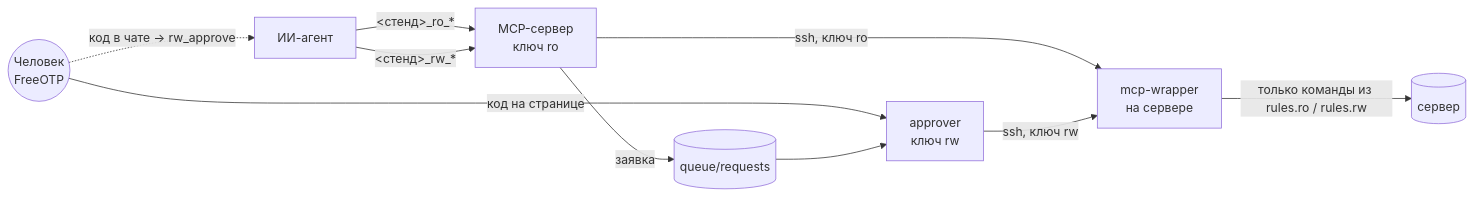
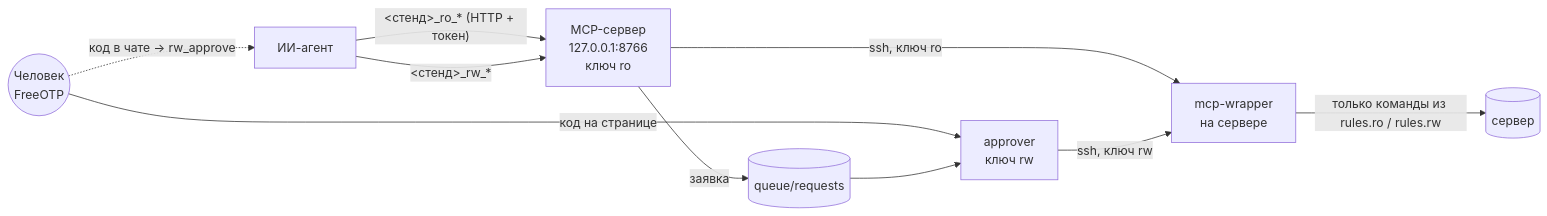
One commit to trollimo/safety-mcp-server changed the first of 2 diagrams in README.md. Above: the diagram before and after it, drawn with Mermaid. The commit also changed other lines of this file and 8 other files, not shown here.

First line of the commit message:
Serve MCP over HTTP with a Bearer token instead of stdio

````diff
--- a/README.md
+++ b/README.md
@@ -58,12 +58,12 @@
 ```mermaid
 flowchart LR
-    A[ИИ-агент] -- "&lt;стенд&gt;_ro_*" --> M[MCP-сервер<br/>ключ ro]
+    A[ИИ-агент] -- "&lt;стенд&gt;_ro_* (HTTP + токен)" --> M[MCP-сервер<br/>127.0.0.1:8766<br/>ключ ro]
     A -- "&lt;стенд&gt;_rw_*" --> M
     M -- "ssh, ключ ro" --> W
     M -- "заявка" --> Q[(queue/requests)]
     H((Человек<br/>FreeOTP)) -- "код на странице" --> P[approver<br/>ключ rw]
     H -. "код в чате → rw_approve" .-> A
     Q --> P
     P -- "ssh, ключ rw" --> W[mcp-wrapper<br/>на сервере]
     W -- "только команды из rules.ro / rules.rw" --> S[(сервер)]
 ```
````
